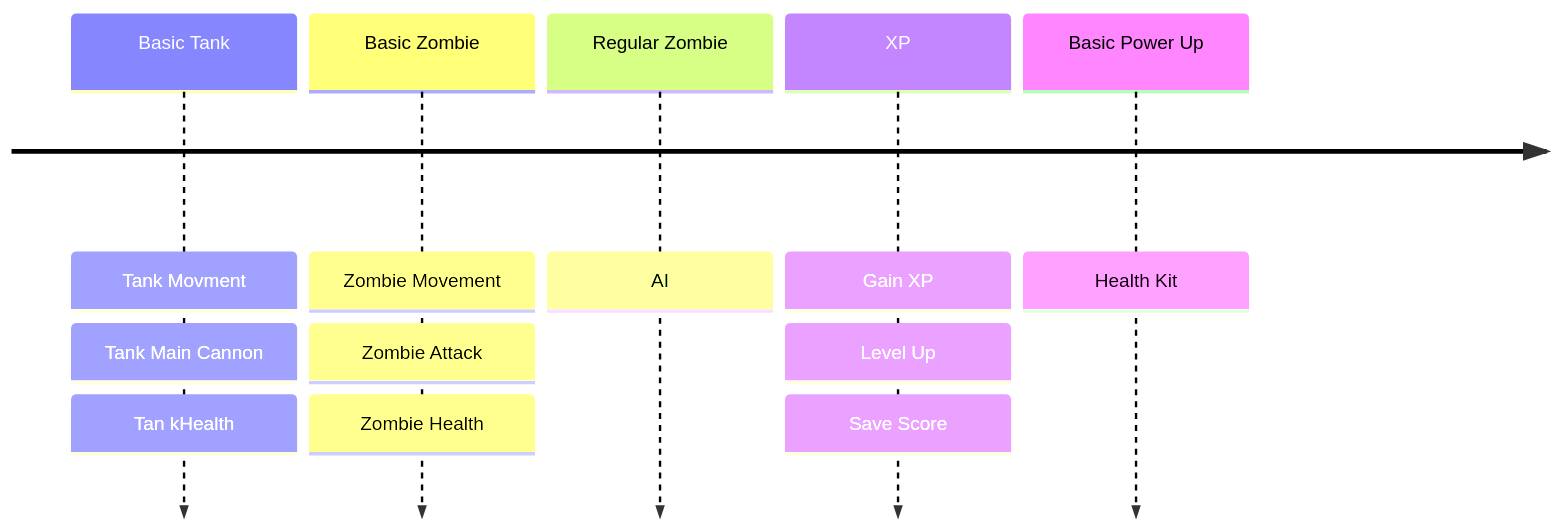
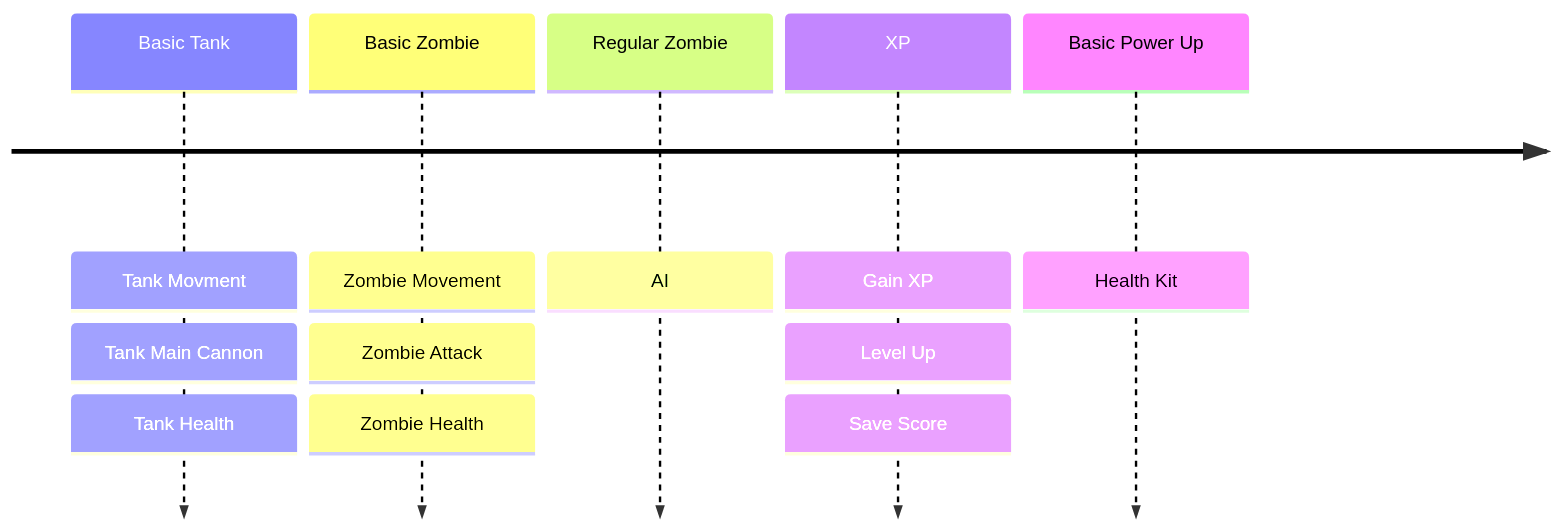
Before and after one commit to fistachio-2k/tank-vs-zombies-auto-shooter: the second of 3 diagrams in MyPlan.md, drawn with Mermaid. The commit also changed other lines of this file and 4 other files, not shown here.

````diff
--- a/MyPlan.md
+++ b/MyPlan.md
@@ -93,8 +93,8 @@
 ```mermaid
 timeline
-Basic Tank : Tank Movment : Tank Main Cannon : Tan kHealth
+Basic Tank : Tank Movment : Tank Main Cannon : Tank Health
 Basic Zombie : Zombie Movement : Zombie Attack : Zombie Health
 Regular Zombie : AI 
 XP: Gain XP : Level Up : Save Score
 Basic Power Up: Health Kit
 ```
````
